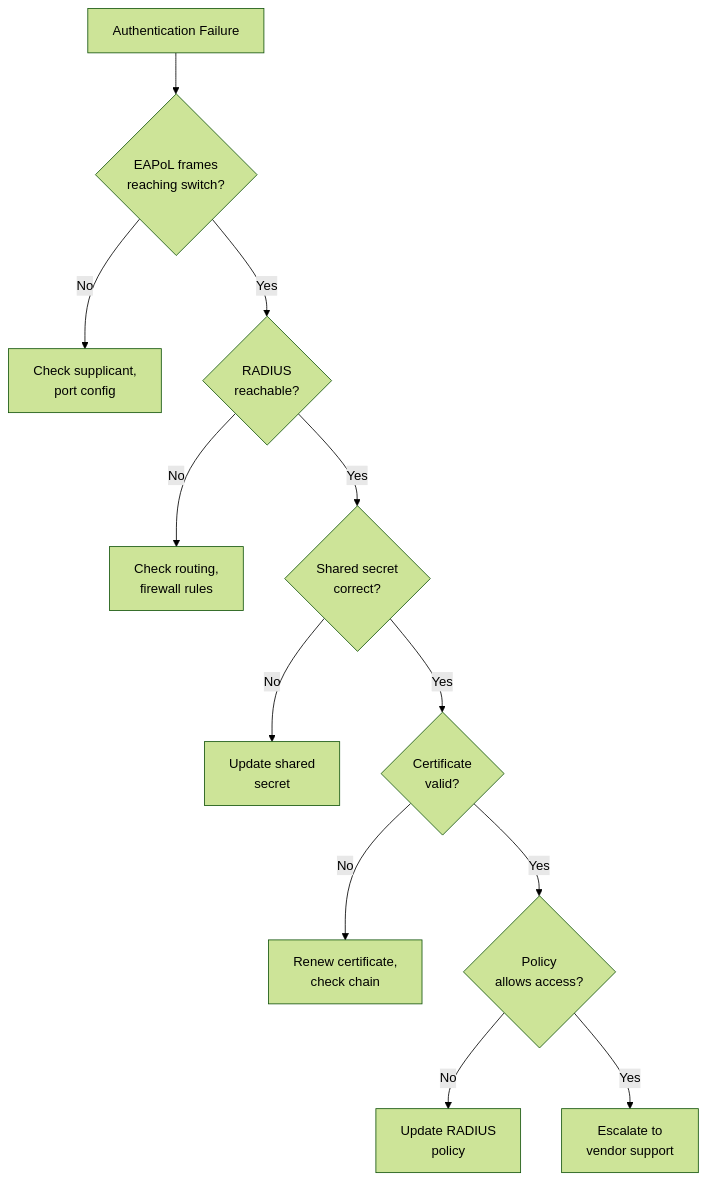
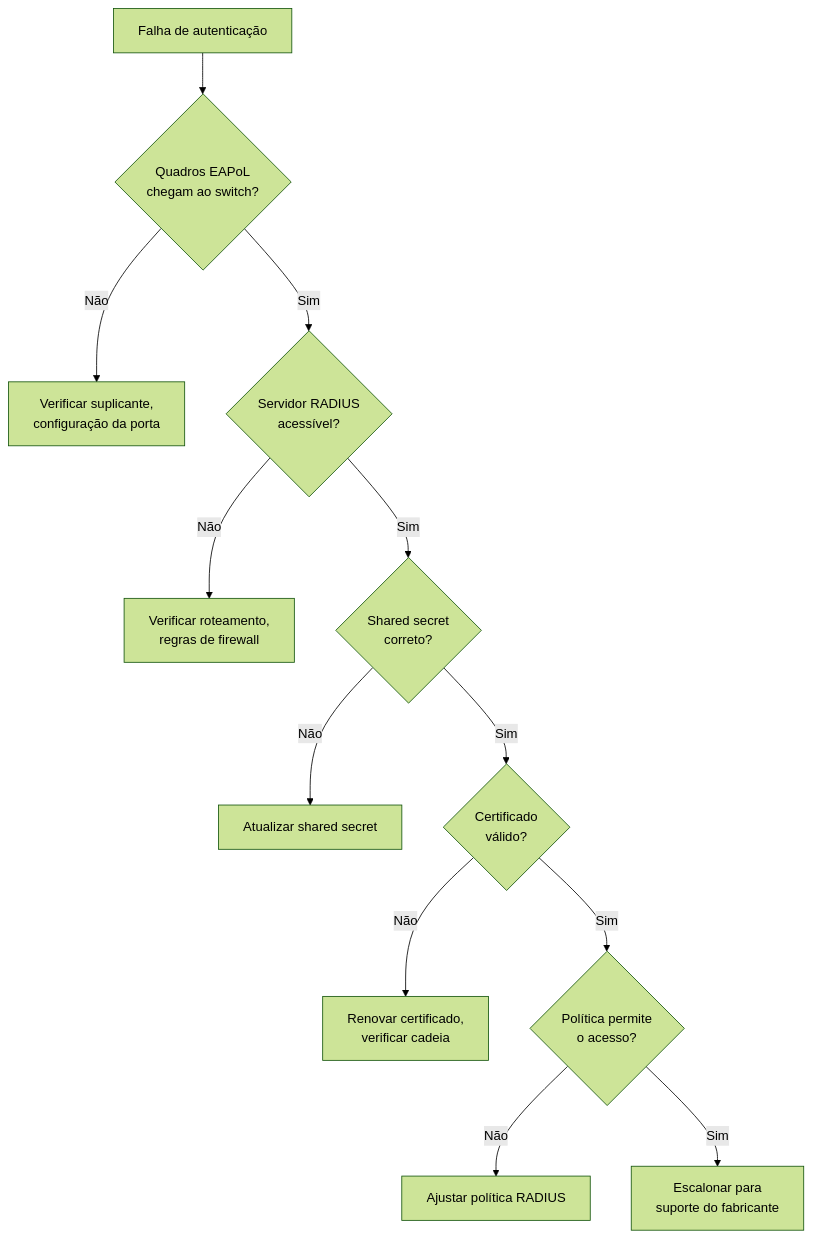
Before and after one commit to andreirapuru/Diagramas-Dot1x: diagram 13 of 13 in README.md, drawn with Mermaid (forest theme). The commit also changed other lines of this file, not shown here.

````diff
--- a/README.md
+++ b/README.md
@@ -482,18 +481,14 @@
 ```mermaid
 flowchart TD
-    ISSUE[Authentication Failure] --> CHECK1{EAPoL frames<br/>reaching switch?}
-    CHECK1 -->|No| FIX1[Check supplicant,<br/>port config]
-    CHECK1 -->|Yes| CHECK2{RADIUS<br/>reachable?}
-
-    CHECK2 -->|No| FIX2[Check routing,<br/>firewall rules]
-    CHECK2 -->|Yes| CHECK3{Shared secret<br/>correct?}
-
-    CHECK3 -->|No| FIX3[Update shared<br/>secret]
-    CHECK3 -->|Yes| CHECK4{Certificate<br/>valid?}
-
-    CHECK4 -->|No| FIX4[Renew certificate,<br/>check chain]
-    CHECK4 -->|Yes| CHECK5{Policy<br/>allows access?}
-
-    CHECK5 -->|No| FIX5[Update RADIUS<br/>policy]
-    CHECK5 -->|Yes| ESCALATE[Escalate to<br/>vendor support]
+    ISSUE[Falha de autenticação] --> CHECK1{Quadros EAPoL<br/>chegam ao switch?}
+    CHECK1 -->|Não| FIX1[Verificar suplicante,<br/>configuração da porta]
+    CHECK1 -->|Sim| CHECK2{Servidor RADIUS<br/>acessível?}
+    CHECK2 -->|Não| FIX2[Verificar roteamento,<br/>regras de firewall]
+    CHECK2 -->|Sim| CHECK3{Shared secret<br/>correto?}
+    CHECK3 -->|Não| FIX3[Atualizar shared secret]
+    CHECK3 -->|Sim| CHECK4{Certificado<br/>válido?}
+    CHECK4 -->|Não| FIX4[Renovar certificado,<br/>verificar cadeia]
+    CHECK4 -->|Sim| CHECK5{Política permite<br/>o acesso?}
+    CHECK5 -->|Não| FIX5[Ajustar política RADIUS]
+    CHECK5 -->|Sim| ESCALATE[Escalonar para<br/>suporte do fabricante]
 ```
````
